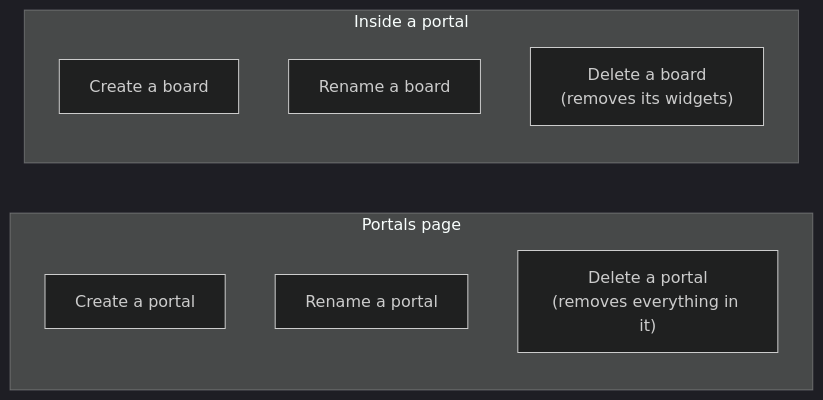
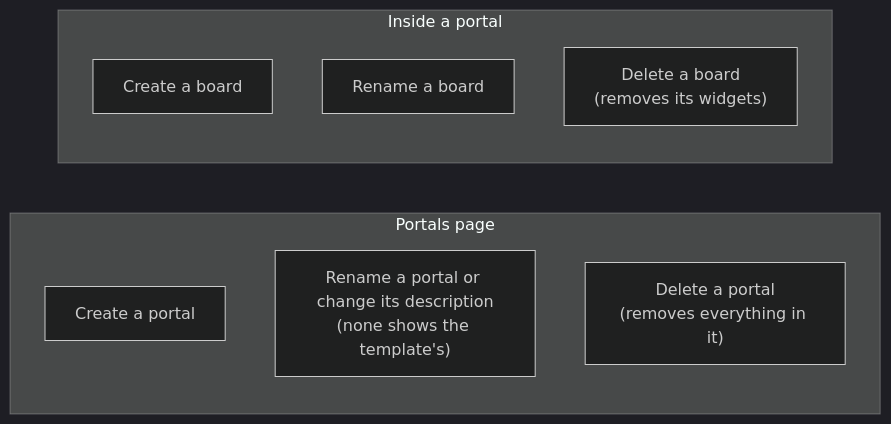
The third of 4 diagrams in docs/how-it-works/users.md (bbfrancis23/portal-boards), drawn with Mermaid (dark theme) before and after one commit. The commit also changed 16 other files, not shown here.

````diff
--- a/docs/how-it-works/users.md
+++ b/docs/how-it-works/users.md
@@ -56,13 +56,13 @@
 ```mermaid
 flowchart LR
     subgraph Portals["Portals page"]
         PNew["Create a portal"]
-        PEdit["Rename a portal"]
+        PEdit["Rename a portal or change its description<br/>(none shows the template's)"]
         PDel["Delete a portal<br/>(removes everything in it)"]
     end
     subgraph Boards["Inside a portal"]
         BNew["Create a board"]
         BEdit["Rename a board"]
         BDel["Delete a board<br/>(removes its widgets)"]
     end
 ```
````
